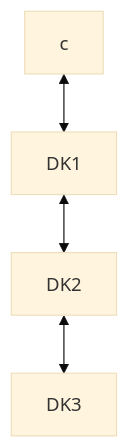
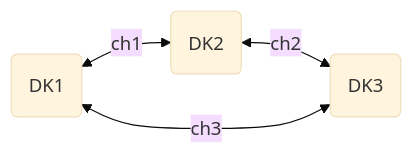
Before and after one commit to idabj/MADCHASE: the second of 2 diagrams in README.md, drawn with Mermaid (base theme). The commit also changed other lines of this file, not shown here.

Commit message:
Add IQ sampler to readme

````diff
--- a/README.md
+++ b/README.md
@@ -22,10 +22,10 @@
 ```mermaid
-graph TD;
-    A[DK1];
-    B[DK2];
-    C[DK3];
+flowchart LR;
+    A(DK1);
+    B(DK2);
+    C(DK3);
 
-    A<-->B;
-    B<-->C;
-    c<-->A;
+    A<--ch1-->B;
+    B<--ch2-->C;
+    C<--ch3-->A;
 ```
````
